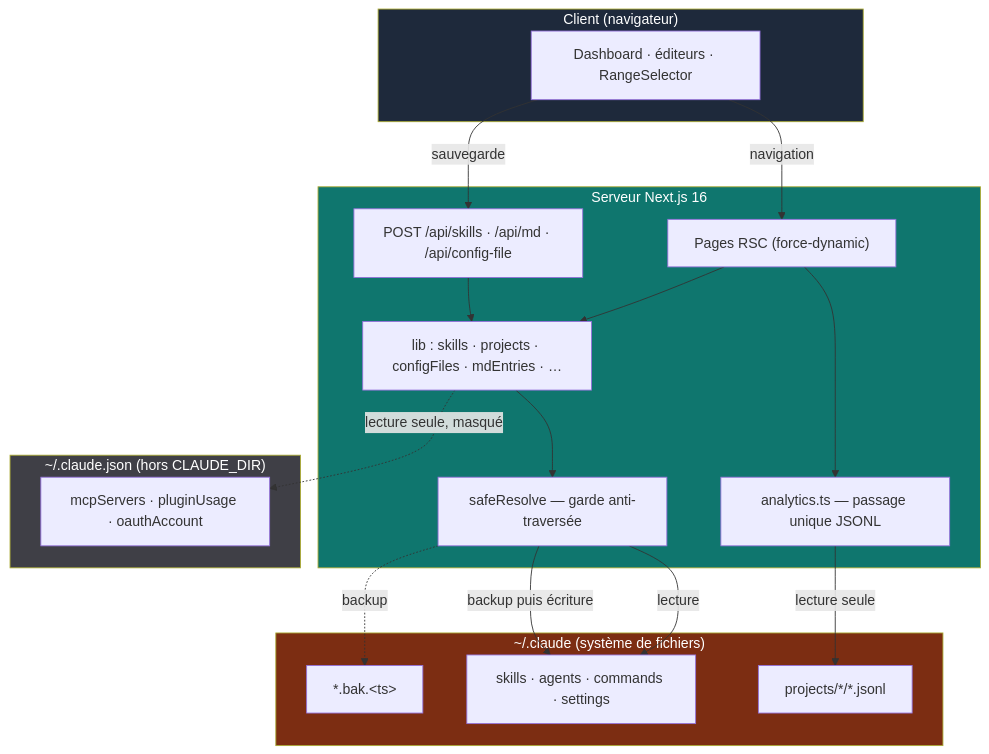
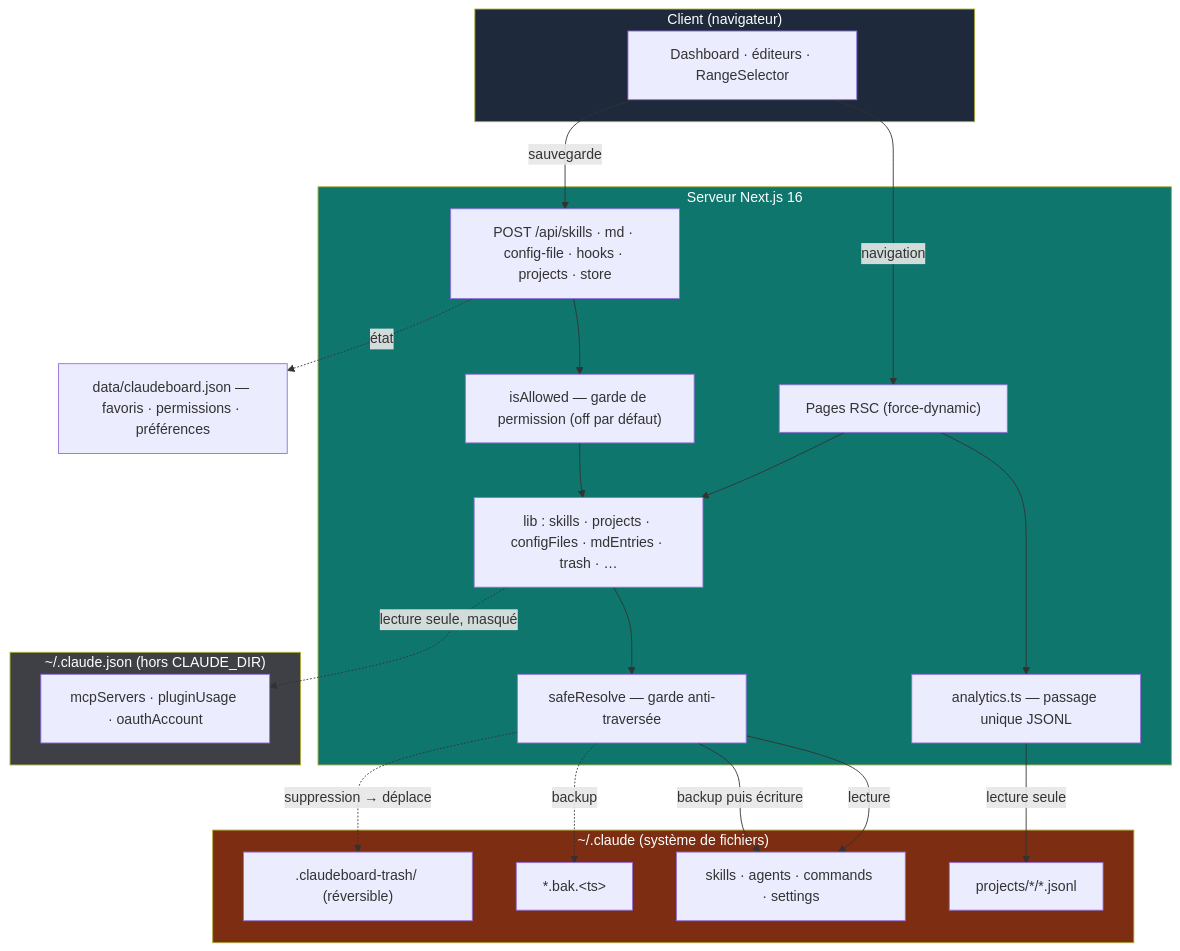
Before and after one commit to maximebgd/claudeboard: the diagram in README.fr.md, drawn with Mermaid. The commit also changed other lines of this file and 1 other file, not shown here.

````diff
--- a/README.fr.md
+++ b/README.fr.md
@@ -116,38 +121,44 @@
 ```mermaid
 flowchart TD
     subgraph CLIENT["Client (navigateur)"]
       UI["Dashboard · éditeurs · RangeSelector"]
     end
     subgraph SERVER["Serveur Next.js 16"]
       PAGES["Pages RSC (force-dynamic)"]
-      API["POST /api/skills · /api/md · /api/config-file"]
+      API["POST /api/skills · md · config-file · hooks · projects · store"]
+      PERM["isAllowed — garde de permission (off par défaut)"]
       ANALYTICS["analytics.ts — passage unique JSONL"]
-      LIB["lib : skills · projects · configFiles · mdEntries · …"]
+      LIB["lib : skills · projects · configFiles · mdEntries · trash · …"]
       GUARD["safeResolve — garde anti-traversée"]
     end
     subgraph FS["~/.claude (système de fichiers)"]
       TRANSCRIPTS["projects/*/*.jsonl"]
       SKILLS["skills · agents · commands · settings"]
       BAK["*.bak.&lt;ts&gt;"]
+      TRASH[".claudeboard-trash/ (réversible)"]
     end
     subgraph EXT["~/.claude.json (hors CLAUDE_DIR)"]
       MCP["mcpServers · pluginUsage · oauthAccount"]
     end
+    STORE["data/claudeboard.json — favoris · permissions · préférences"]
 
     UI -->|navigation| PAGES
     UI -->|sauvegarde| API
+    API --> PERM
+    PERM --> LIB
     PAGES --> ANALYTICS
     PAGES --> LIB
-    API --> LIB
+    API -.->|état| STORE
     ANALYTICS -->|lecture seule| TRANSCRIPTS
     LIB --> GUARD
     GUARD -->|lecture| SKILLS
     GUARD -->|backup puis écriture| SKILLS
     GUARD -.->|backup| BAK
+    GUARD -.->|suppression → déplace| TRASH
     LIB -.->|lecture seule, masqué| MCP
 
     style CLIENT fill:#1e293b,color:#fff
     style SERVER fill:#0f766e,color:#fff
     style FS fill:#7c2d12,color:#fff
     style EXT fill:#3f3f46,color:#fff
 ```
````
